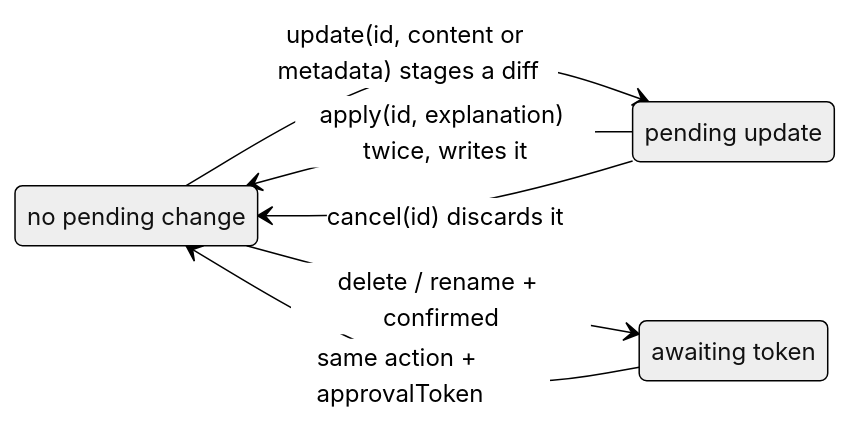
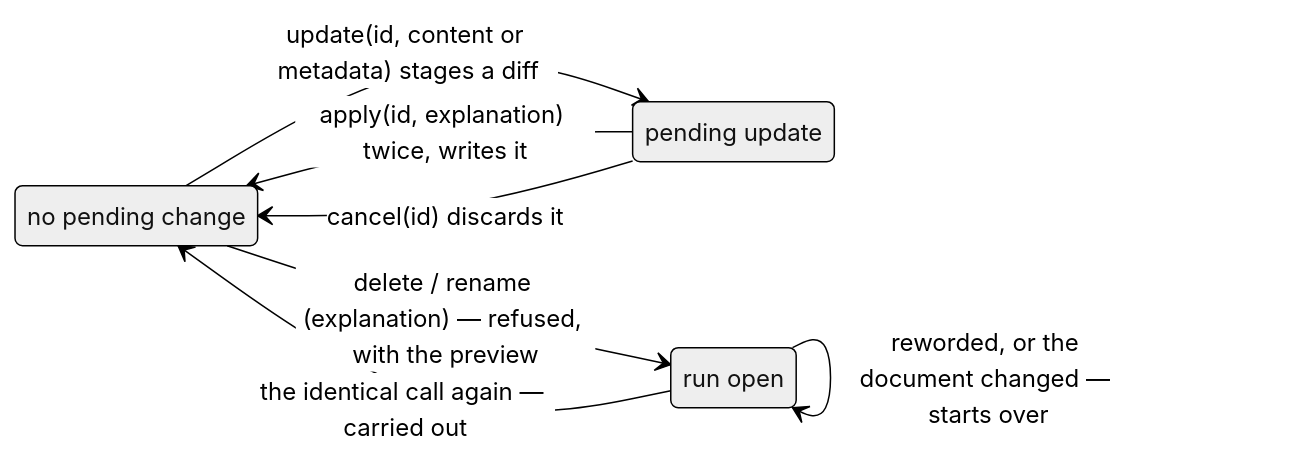
One commit to dbgso/mcp-servers changed the second of 2 diagrams in packages/interactive-instruction-mcp/README.md. Above: the diagram before and after it, drawn with Mermaid (neutral theme). The commit also changed other lines of this file and 29 other files, not shown here.

````diff
--- a/packages/interactive-instruction-mcp/README.md
+++ b/packages/interactive-instruction-mcp/README.md
@@ -323,14 +325,15 @@
 ```mermaid
 stateDiagram-v2
     direction LR
     state "no pending change" as clean
     state "pending update" as pending
-    state "awaiting token" as awaiting
+    state "run open" as open
 
     clean --> pending: update(id, content or metadata) stages a diff
     pending --> clean: apply(id, explanation) twice, writes it
     pending --> clean: cancel(id) discards it
 
-    clean --> awaiting: delete / rename + confirmed
-    awaiting --> clean: same action + approvalToken
+    clean --> open: delete / rename (explanation) — refused, with the preview
+    open --> clean: the identical call again — carried out
+    open --> open: reworded, or the document changed — starts over
 ```
````
